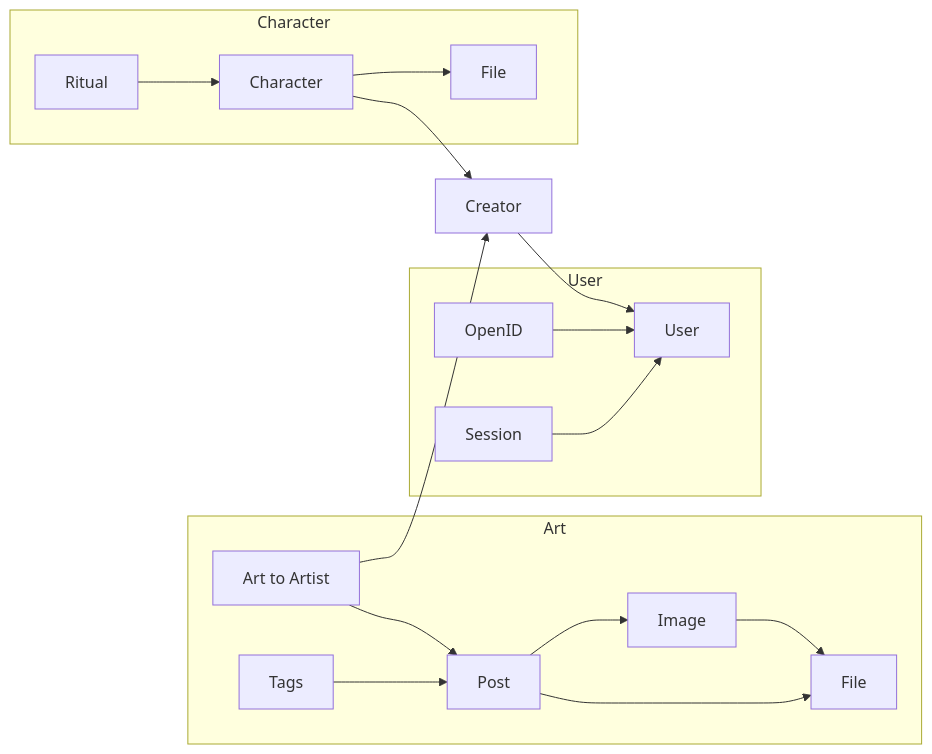
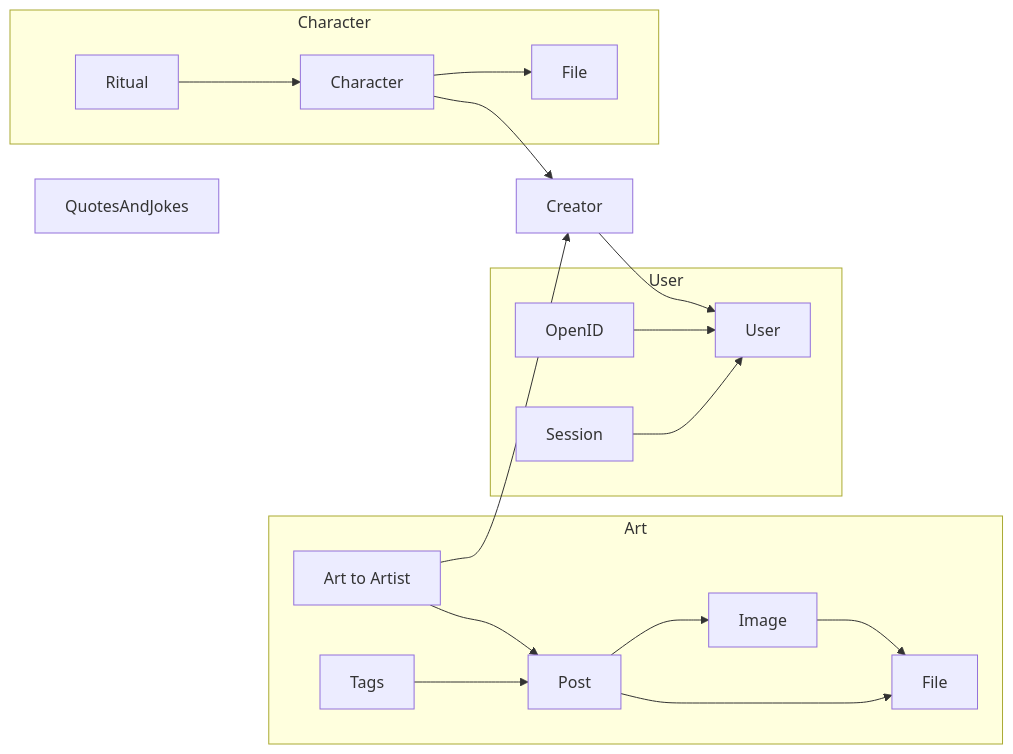
Before and after one commit to optimisticlucio/powerdown-wiki: the diagram in concept/servers.md, drawn with Mermaid. The commit also changed other lines of this file and 6 other files, not shown here.

````diff
--- a/concept/servers.md
+++ b/concept/servers.md
@@ -11,43 +11,44 @@
 ```mermaid
 graph LR
 
 creator["Creator"]
 
+quotes["QuotesAndJokes"]
 
 subgraph Art
     artdb["Post"]
     artimagedb["Image"]
     arttagdb["Tags"]
     arttoartistdb["Art to Artist"]
     artfile["File"]
 
     artdb --> artimagedb
     arttagdb --> artdb
     arttoartistdb --> artdb
     artdb --> artfile
     artimagedb --> artfile
 end
 
 subgraph User
     user["User"]
     usersession["Session"]
     openid["OpenID"]
     
     usersession --> user
     openid --> user
 end
 
 subgraph Character
     character["Character"]
     ritual["Ritual"]
     characterfile["File"]
 
     ritual --> character
     character --> characterfile
 end
 
 arttoartistdb --> creator
 creator --> user
 character --> creator
 
 ```
````
